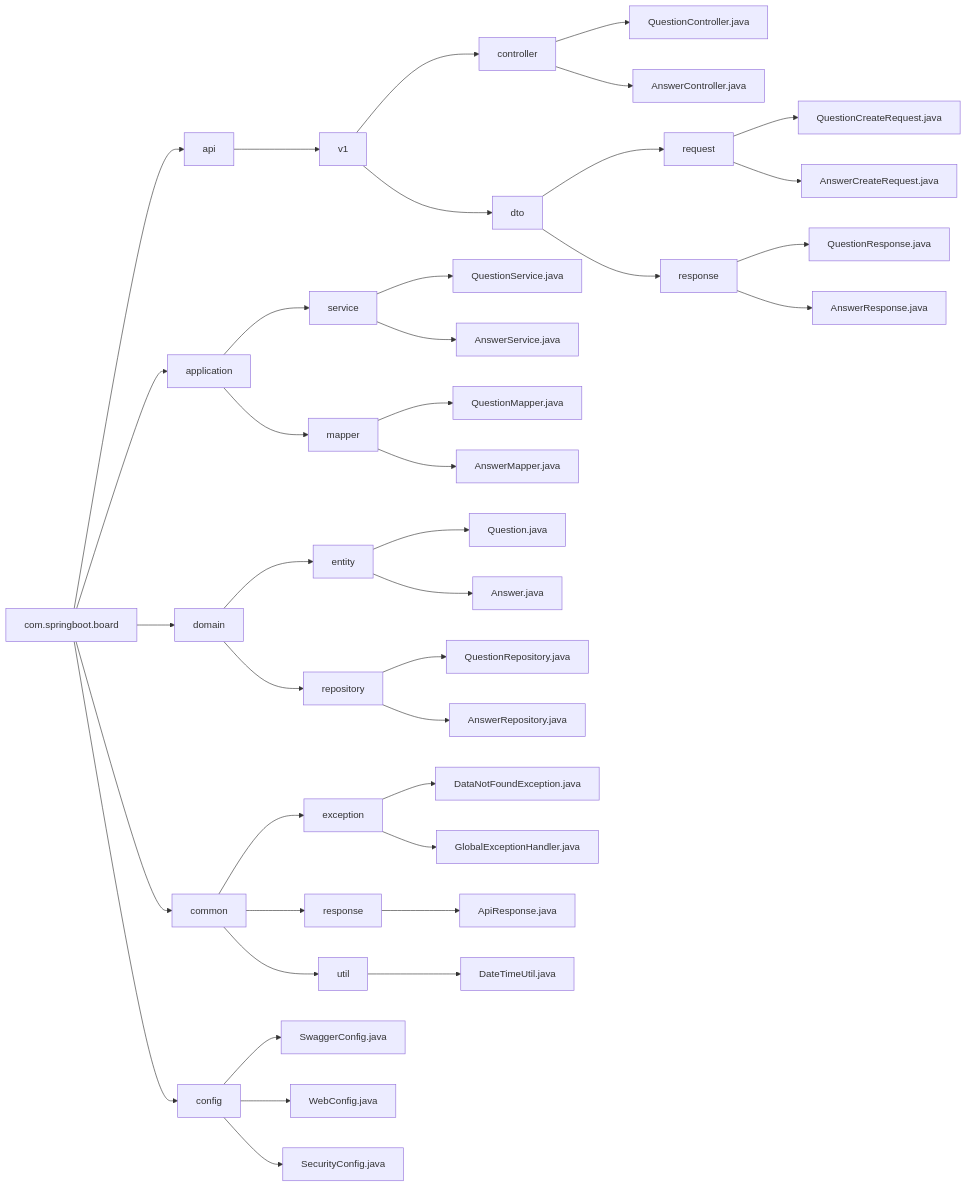
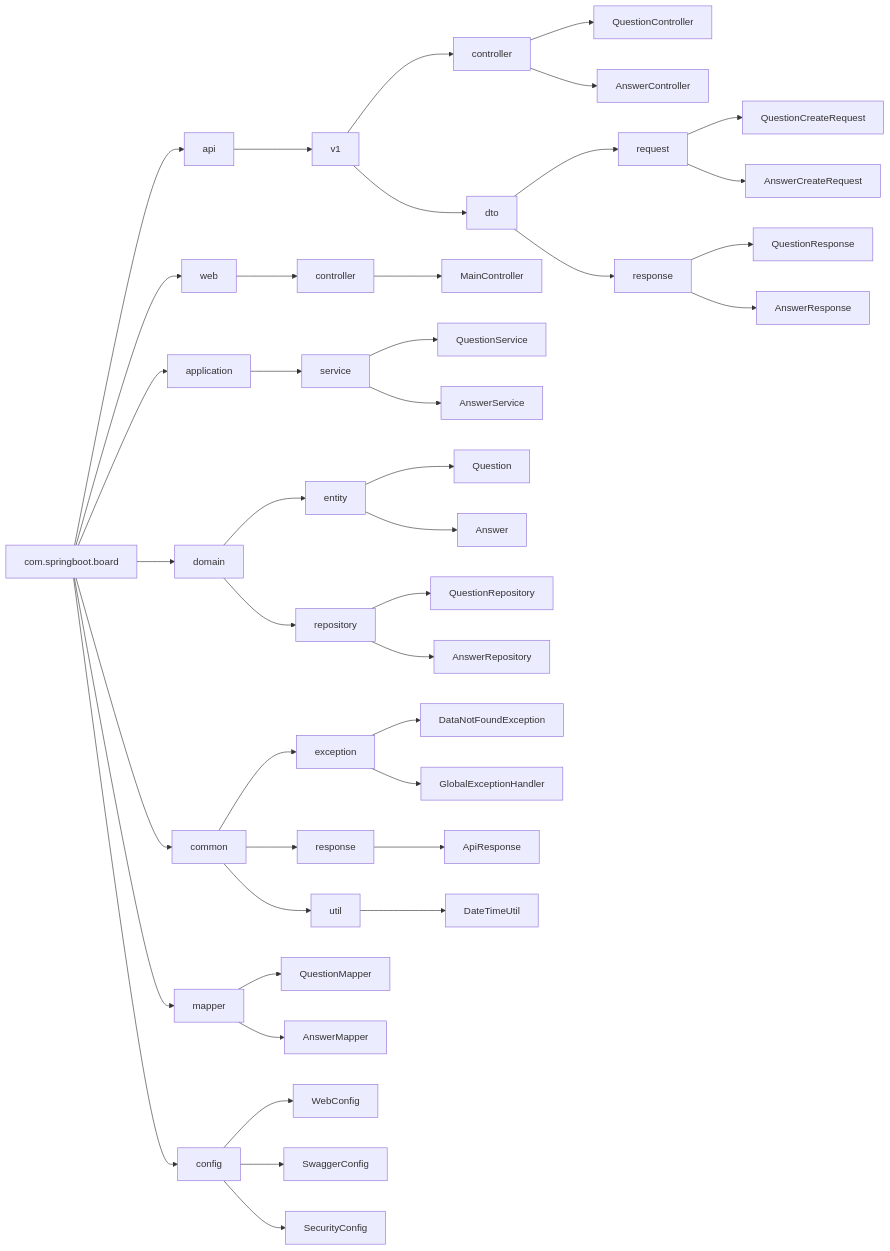
Before and after one commit to yujm08/ezen-mini-backend: the first of 3 diagrams in README.md, drawn with Mermaid. The commit also changed other lines of this file and 4 other files, not shown here.

Commit message:
MainController 패키지 재설치

````diff
--- a/README.md
+++ b/README.md
@@ -52,45 +53,50 @@
 ```mermaid
-graph LR;
+graph LR
     A[com.springboot.board] --> B[api]
     B --> C[v1]
     C --> D[controller]
-    D --> E[QuestionController.java]
-    D --> F[AnswerController.java]
+    D --> E[QuestionController]
+    D --> F[AnswerController]
     C --> G[dto]
     G --> H[request]
-    H --> I[QuestionCreateRequest.java]
-    H --> J[AnswerCreateRequest.java]
+    H --> I[QuestionCreateRequest]
+    H --> J[AnswerCreateRequest]
     G --> K[response]
-    K --> L[QuestionResponse.java]
-    K --> M[AnswerResponse.java]
+    K --> L[QuestionResponse]
+    K --> M[AnswerResponse]
 
-    A --> N[application]
-    N --> O[service]
-    O --> P[QuestionService.java]
-    O --> Q[AnswerService.java]
-    N --> R[mapper]
-    R --> S[QuestionMapper.java]
-    R --> T[AnswerMapper.java]
+    A --> N[web]
+    N --> O[controller]
+    O --> P[MainController]
+
+    A --> Q[application]
+    Q --> R[service]
+    R --> S[QuestionService]
+    R --> T[AnswerService]
 
     A --> U[domain]
     U --> V[entity]
-    V --> W[Question.java]
-    V --> X[Answer.java]
+    V --> W[Question]
+    V --> X[Answer]
     U --> Y[repository]
-    Y --> Z[QuestionRepository.java]
-    Y --> AA[AnswerRepository.java]
+    Y --> Z[QuestionRepository]
+    Y --> AA[AnswerRepository]
 
     A --> AB[common]
     AB --> AC[exception]
-    AC --> AD[DataNotFoundException.java]
-    AC --> AE[GlobalExceptionHandler.java]
+    AC --> AD[DataNotFoundException]
+    AC --> AE[GlobalExceptionHandler]
     AB --> AF[response]
-    AF --> AG[ApiResponse.java]
+    AF --> AG[ApiResponse]
     AB --> AH[util]
-    AH --> AI[DateTimeUtil.java]
+    AH --> AI[DateTimeUtil]
 
-    A --> AJ[config]
-    AJ --> AK[SwaggerConfig.java]
-    AJ --> AL[WebConfig.java]
-    AJ --> AM[SecurityConfig.java]
+    A --> AJ[mapper]
+    AJ --> AK[QuestionMapper]
+    AJ --> AL[AnswerMapper]
+
+    A --> AM[config]
+    AM --> AN[WebConfig]
+    AM --> AO[SwaggerConfig]
+    AM --> AP[SecurityConfig]
 ```
````
